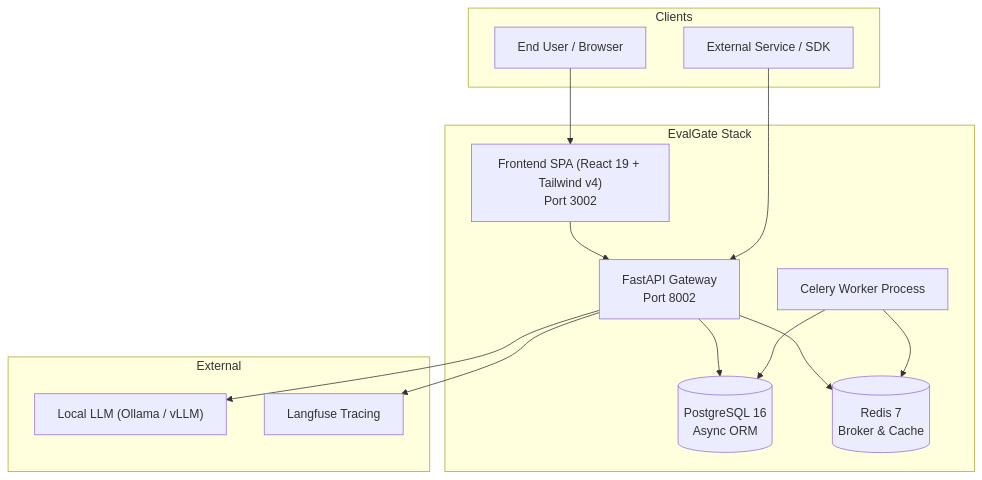
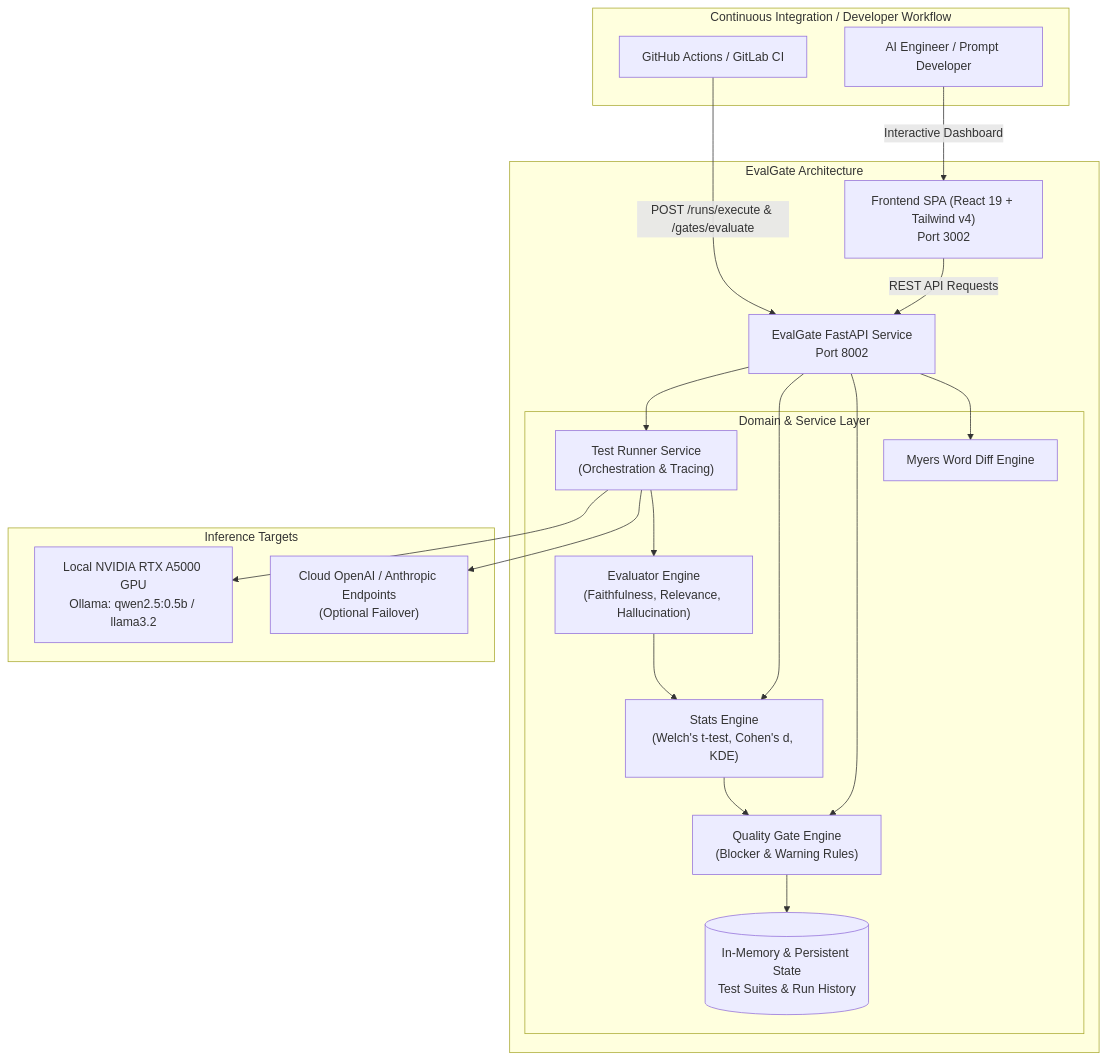
One commit to Kyrollo/evalgate changed the first of 3 diagrams in docs/architecture.md. Above: the diagram before and after it, drawn with Mermaid. The commit also changed other lines of this file and 39 other files, not shown here.

Commit message:
feat(evalgate): implement production LLM regression testing and statistical quality gates

````diff
--- a/docs/architecture.md
+++ b/docs/architecture.md
@@ -5,30 +10,41 @@
 ```mermaid
 flowchart TD
-    subgraph Clients
-        WebUser["End User / Browser"]
-        APIClient["External Service / SDK"]
+    subgraph CI_Pipeline ["Continuous Integration / Developer Workflow"]
+        GH["GitHub Actions / GitLab CI"]
+        Dev["AI Engineer / Prompt Developer"]
     end
 
-    subgraph EvalGate Stack
+    subgraph EvalGate_Platform ["EvalGate Architecture"]
         Frontend["Frontend SPA (React 19 + Tailwind v4)\nPort 3002"]
-        Gateway["FastAPI Gateway\nPort 8002"]
-        Worker["Celery Worker Process"]
-        DB[("PostgreSQL 16\nAsync ORM")]
-        Redis[("Redis 7\nBroker & Cache")]
+        APIServer["EvalGate FastAPI Service\nPort 8002"]
+
+        subgraph Core_Services ["Domain & Service Layer"]
+            Runner["Test Runner Service\n(Orchestration & Tracing)"]
+            Evaluator["Evaluator Engine\n(Faithfulness, Relevance, Hallucination)"]
+            Stats["Stats Engine\n(Welch's t-test, Cohen's d, KDE)"]
+            Gate["Quality Gate Engine\n(Blocker & Warning Rules)"]
+            Diff["Myers Word Diff Engine"]
+            Store[("In-Memory & Persistent State\nTest Suites & Run History")]
+        end
     end
 
-    subgraph External
-        Ollama["Local LLM (Ollama / vLLM)"]
-        Langfuse["Langfuse Tracing"]
+    subgraph Hardware_Inference ["Inference Targets"]
+        OllamaGPU["Local NVIDIA RTX A5000 GPU\nOllama: qwen2.5:0.5b / llama3.2"]
+        CloudLLM["Cloud OpenAI / Anthropic Endpoints\n(Optional Failover)"]
     end
 
-    WebUser --> Frontend
-    Frontend --> Gateway
-    APIClient --> Gateway
-    Gateway --> DB
-    Gateway --> Redis
-    Gateway --> Ollama
-    Gateway --> Langfuse
-    Worker --> Redis
-    Worker --> DB
+    GH -->|POST /runs/execute & /gates/evaluate| APIServer
+    Dev -->|Interactive Dashboard| Frontend
+    Frontend -->|REST API Requests| APIServer
+    APIServer --> Runner
+    APIServer --> Stats
+    APIServer --> Gate
+    APIServer --> Diff
+
+    Runner --> OllamaGPU
+    Runner --> CloudLLM
+    Runner --> Evaluator
+    Evaluator --> Stats
+    Stats --> Gate
+    Gate --> Store
 ```
````
